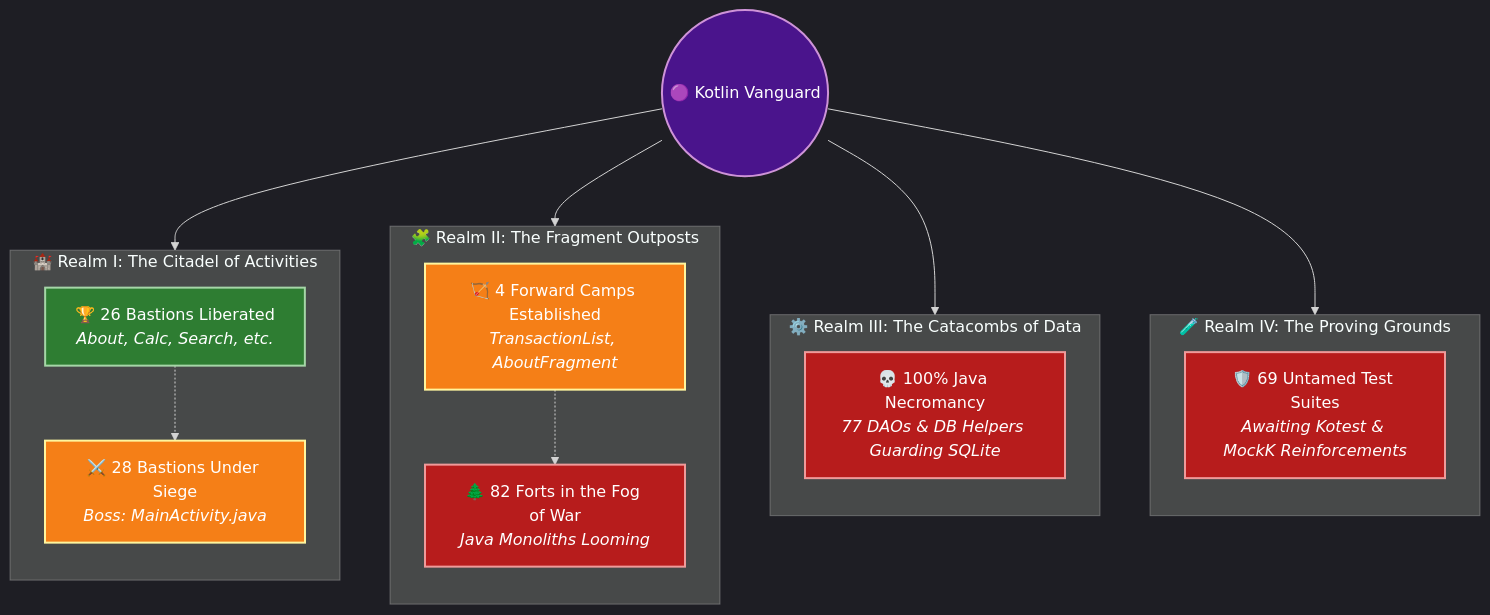
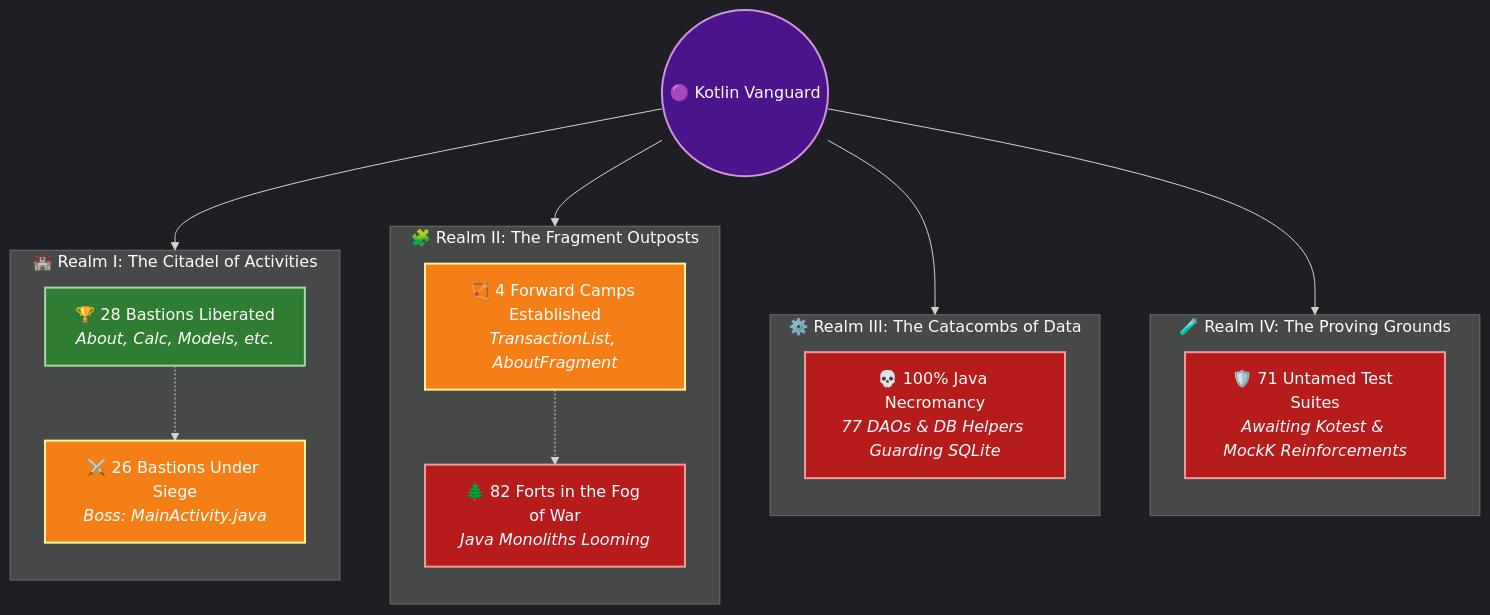
One commit to solomonrajan/cashledger changed the second of 3 diagrams in KOTLIN_MIGRATION_REPORT.md. Above: the diagram before and after it, drawn with Mermaid. The commit also changed other lines of this file and 6 other files, not shown here.

````diff
--- a/KOTLIN_MIGRATION_REPORT.md
+++ b/KOTLIN_MIGRATION_REPORT.md
@@ -29,37 +29,37 @@
 ```mermaid
 %%{init: {'theme': 'dark', 'themeVariables': { 'fontFamily': 'monospace' }}}%%
 flowchart TD
     classDef liberated fill:#2e7d32,stroke:#a5d6a7,stroke-width:2px,color:#ffffff;
     classDef siege fill:#f57f17,stroke:#fff59d,stroke-width:2px,color:#ffffff;
     classDef occupied fill:#b71c1c,stroke:#ef9a9a,stroke-width:2px,color:#ffffff;
     classDef portal fill:#4a148c,stroke:#ce93d8,stroke-width:2px,color:#ffffff;
 
     Start((🟣 Kotlin Vanguard)):::portal --> Castle
     Start --> Valley
     Start --> Dungeon
     Start --> Arena
 
     subgraph Castle["🏰 Realm I: The Citadel of Activities"]
         direction TB
-        A_Won["🏆 26 Bastions Liberated<br/><i>About, Calc, Search, etc.</i>"]:::liberated
-        A_Siege["⚔️ 28 Bastions Under Siege<br/><i>Boss: MainActivity.java</i>"]:::siege
+        A_Won["🏆 28 Bastions Liberated<br/><i>About, Calc, Models, etc.</i>"]:::liberated
+        A_Siege["⚔️ 26 Bastions Under Siege<br/><i>Boss: MainActivity.java</i>"]:::siege
         A_Won -.-> A_Siege
     end
 
     subgraph Valley["🧩 Realm II: The Fragment Outposts"]
         direction TB
         F_Scout["🏹 4 Forward Camps Established<br/><i>TransactionList, AboutFragment</i>"]:::siege
         F_Wild["🌲 82 Forts in the Fog of War<br/><i>Java Monoliths Looming</i>"]:::occupied
         F_Scout -.-> F_Wild
     end
 
     subgraph Dungeon["⚙️ Realm III: The Catacombs of Data"]
         direction TB
         D_Curse["💀 100% Java Necromancy<br/><i>77 DAOs & DB Helpers Guarding SQLite</i>"]:::occupied
     end
 
     subgraph Arena["🧪 Realm IV: The Proving Grounds"]
         direction TB
-        T_Trial["🛡️ 69 Untamed Test Suites<br/><i>Awaiting Kotest & MockK Reinforcements</i>"]:::occupied
+        T_Trial["🛡️ 71 Untamed Test Suites<br/><i>Awaiting Kotest & MockK Reinforcements</i>"]:::occupied
     end
 ```
````
